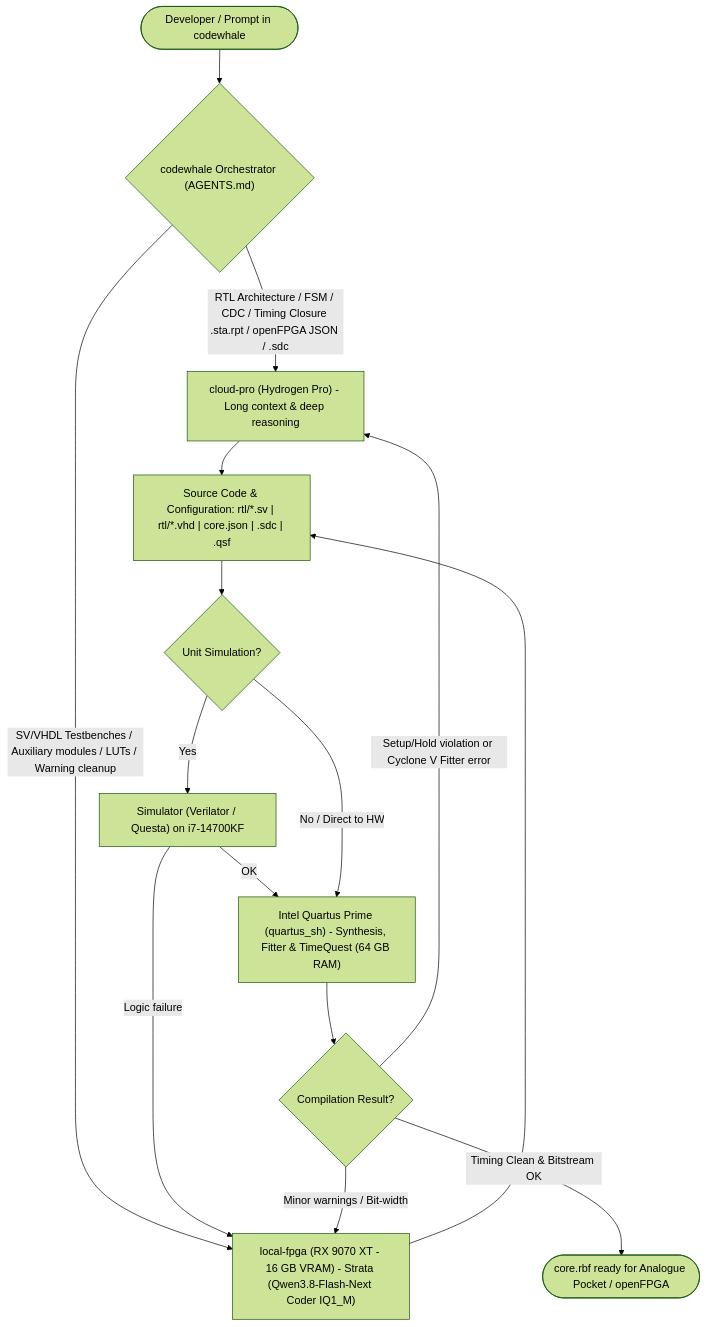
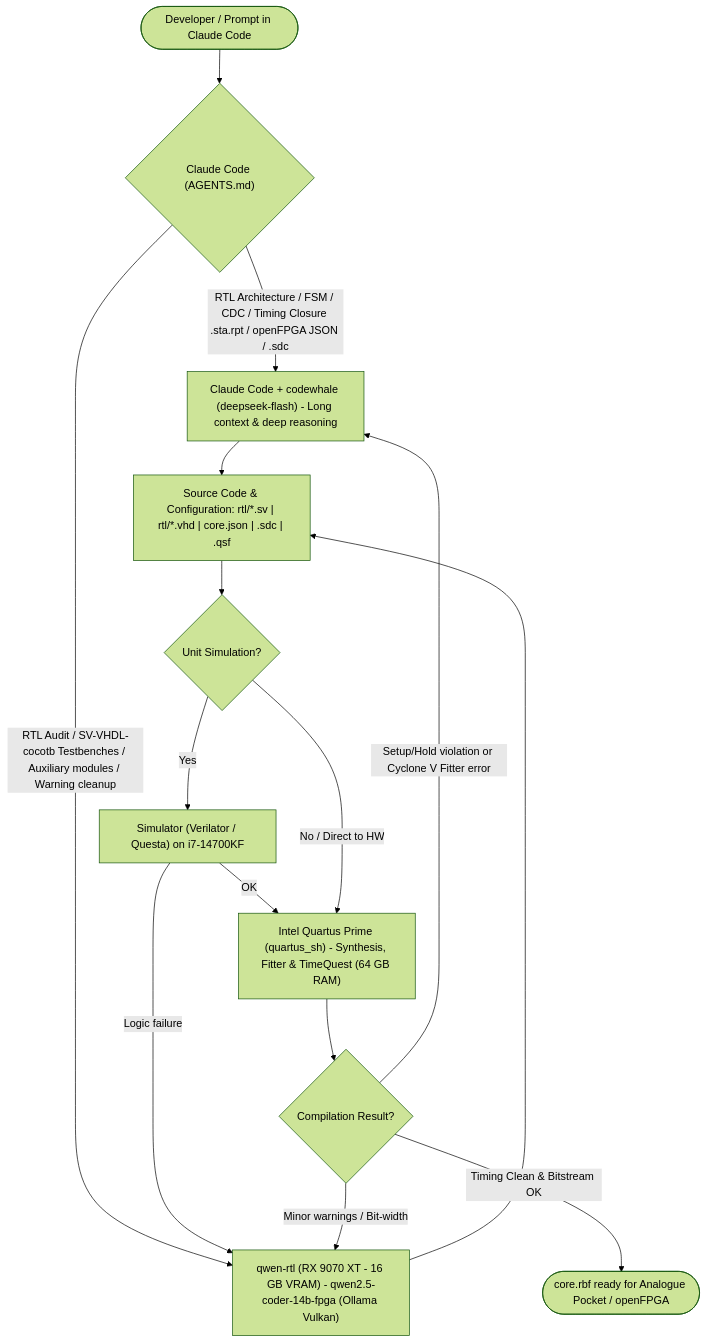
One commit to DanimanX/9070FpgaIAWorkflow changed the third of 3 diagrams in docs/ai-fpga-workflow.md. Above: the diagram before and after it, drawn with Mermaid (forest theme). The commit also changed other lines of this file and 3 other files, not shown here.

Commit message:
docs: update workflow to 9070FpgaIAWorkflow (Ollama Vulkan + qwen2.5-coder-14b-fpga + qwen-rtl)

````diff
--- a/docs/ai-fpga-workflow.md
+++ b/docs/ai-fpga-workflow.md
@@ -85,27 +84,27 @@
 ```mermaid
 flowchart TD
-    Dev(["Developer / Prompt in codewhale"]) --> CW{"codewhale Orchestrator (AGENTS.md)"}
+    Dev(["Developer / Prompt in Claude Code"]) --> Claude{"Claude Code (AGENTS.md)"}
 
-    %% Cloud Branch
-    CW -->|"RTL Architecture / FSM / CDC / Timing Closure .sta.rpt / openFPGA JSON / .sdc"| Cloud["cloud-pro (Hydrogen Pro) - Long context & deep reasoning"]
+    %% Cloud / Architect Branch
+    Claude -->|"RTL Architecture / FSM / CDC / Timing Closure .sta.rpt / openFPGA JSON / .sdc"| Arch["Claude Code + codewhale (deepseek-flash) - Long context & deep reasoning"]
 
     %% Local Branch
-    CW -->|"SV/VHDL Testbenches / Auxiliary modules / LUTs / Warning cleanup"| Local["local-fpga (RX 9070 XT - 16 GB VRAM) - Strata (Qwen3.8-Flash-Next Coder IQ1_M)"]
+    Claude -->|"RTL Audit / SV-VHDL-cocotb Testbenches / Auxiliary modules / Warning cleanup"| Local["qwen-rtl (RX 9070 XT - 16 GB VRAM) - qwen2.5-coder-14b-fpga (Ollama Vulkan)"]
 
     %% Convergence in code
-    Cloud --> RTL["Source Code & Configuration: rtl/*.sv | rtl/*.vhd | core.json | .sdc | .qsf"]
+    Arch --> RTL["Source Code & Configuration: rtl/*.sv | rtl/*.vhd | core.json | .sdc | .qsf"]
     Local --> RTL
 
     %% Verification & Synthesis Flow
     RTL --> Sim{"Unit Simulation?"}
     Sim -->|"Yes"| Verilator["Simulator (Verilator / Questa) on i7-14700KF"]
     Verilator -->|"Logic failure"| Local
     Verilator -->|"OK"| Quartus
 
     Sim -->|"No / Direct to HW"| Quartus["Intel Quartus Prime (quartus_sh) - Synthesis, Fitter & TimeQuest (64 GB RAM)"]
 
     Quartus --> Check{"Compilation Result?"}
     Check -->|"Minor warnings / Bit-width"| Local
-    Check -->|"Setup/Hold violation or Cyclone V Fitter error"| Cloud
+    Check -->|"Setup/Hold violation or Cyclone V Fitter error"| Arch
     Check -->|"Timing Clean & Bitstream OK"| Bitstream(["core.rbf ready for Analogue Pocket / openFPGA"])
 ```
````
